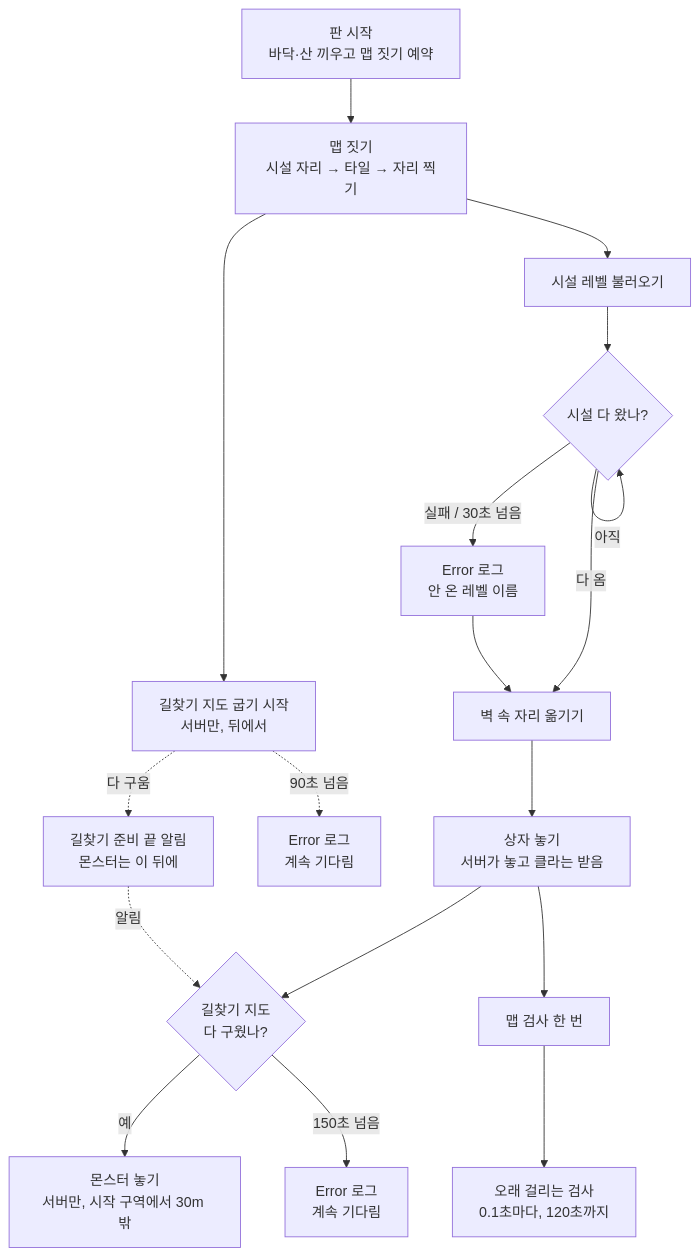
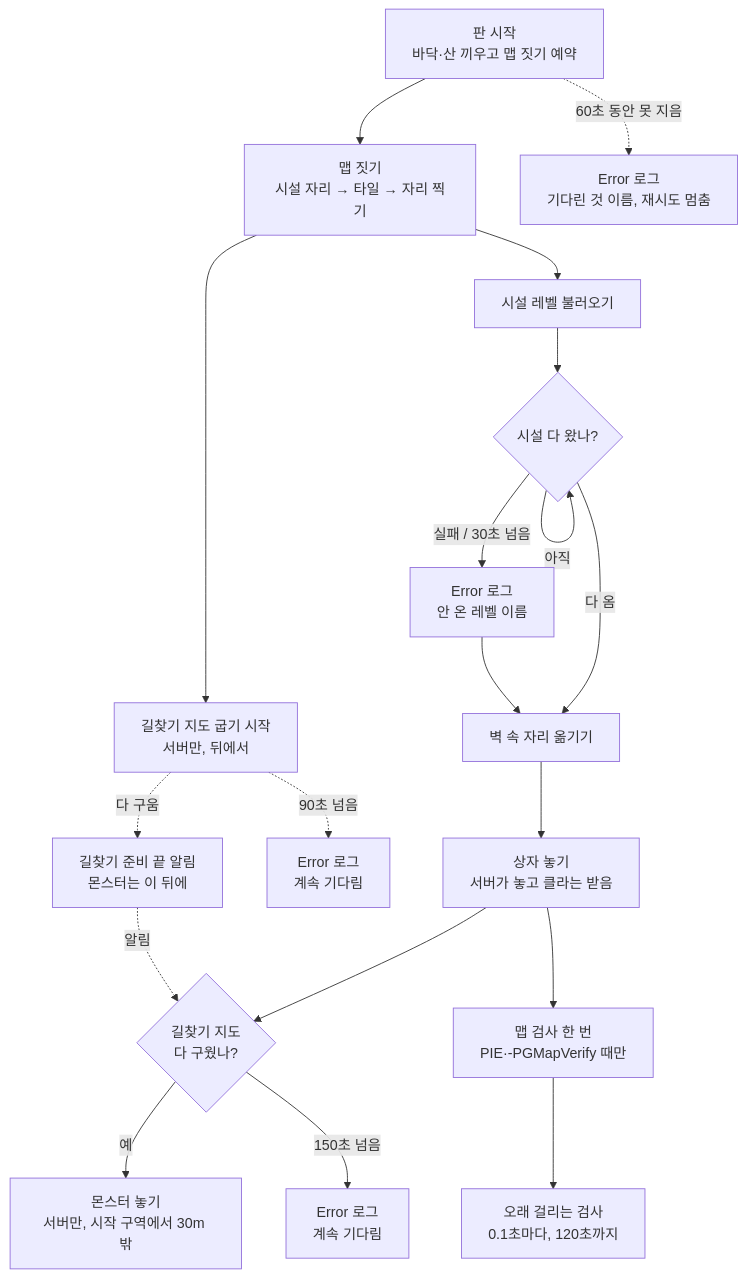
The first of 2 diagrams in Source/ProjectPG/Private/Actors/MapBuilder/README.md (AssortRock-KDT6-Unreal-PowerAde/ProjectPG), drawn with Mermaid before and after one commit. The commit also changed other lines of this file and 9 other files, not shown here.

````diff
--- a/Source/ProjectPG/Private/Actors/MapBuilder/README.md
+++ b/Source/ProjectPG/Private/Actors/MapBuilder/README.md
@@ -26,20 +28,21 @@
 ```mermaid
 flowchart TD
     GameStart["판 시작<br/>바닥·산 끼우고 맵 짓기 예약"] --> BuildMap["맵 짓기<br/>시설 자리 → 타일 → 자리 찍기"]
+    GameStart -. "60초 동안 못 지음" .-> BuildFail["Error 로그<br/>기다린 것 이름, 재시도 멈춤"]
     BuildMap --> NavStart["길찾기 지도 굽기 시작<br/>서버만, 뒤에서"]
     NavStart -. "다 구움" .-> NavReady["길찾기 준비 끝 알림<br/>몬스터는 이 뒤에"]
     NavStart -. "90초 넘음" .-> NavLate["Error 로그<br/>계속 기다림"]
     BuildMap --> FacilityLoad["시설 레벨 불러오기"]
     FacilityLoad --> FacilityCheck{"시설 다 왔나?"}
     FacilityCheck -- "아직" --> FacilityCheck
     FacilityCheck -- "다 옴" --> FixStuck["벽 속 자리 옮기기"]
     FacilityCheck -- "실패 / 30초 넘음" --> FacilityError["Error 로그<br/>안 온 레벨 이름"]
     FacilityError --> FixStuck
     FixStuck --> PlaceBoxes["상자 놓기<br/>서버가 놓고 클라는 받음"]
     PlaceBoxes --> EnemyWait{"길찾기 지도<br/>다 구웠나?"}
     NavReady -. "알림" .-> EnemyWait
     EnemyWait -- "예" --> PlaceEnemies["몬스터 놓기<br/>서버만, 시작 구역에서 30m 밖"]
     EnemyWait -- "150초 넘음" --> EnemyLate["Error 로그<br/>계속 기다림"]
-    PlaceBoxes --> FinalCheck["맵 검사 한 번"]
+    PlaceBoxes --> FinalCheck["맵 검사 한 번<br/>PIE·-PGMapVerify 때만"]
     FinalCheck --> TimedCheck["오래 걸리는 검사<br/>0.1초마다, 120초까지"]
 ```
````
